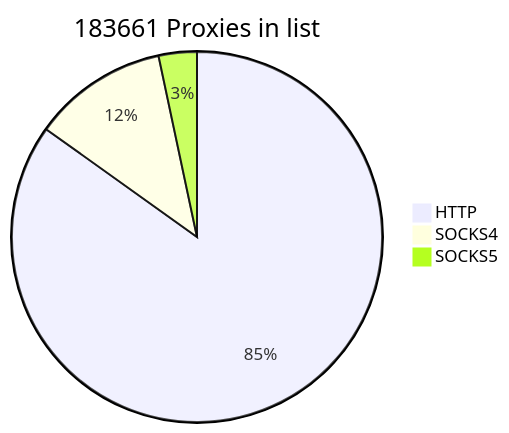
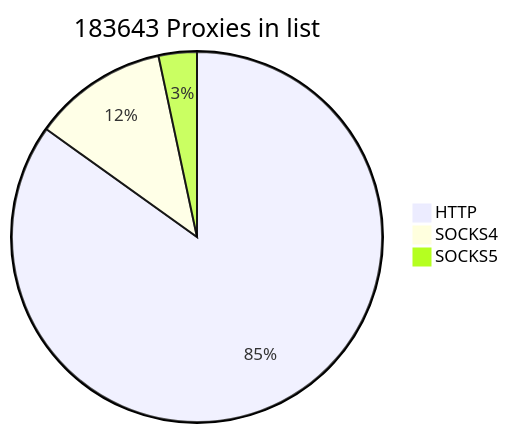
Before and after one commit to cutipu/proxylist: the first of 2 diagrams in README.md, drawn with Mermaid. The commit also changed other lines of this file, not shown here.

````diff
--- a/README.md
+++ b/README.md
@@ -2,7 +2,7 @@
 ```mermaid
-pie title 183661 Proxies in list
-    "HTTP" : 155882
-    "SOCKS4" : 21657
-    "SOCKS5" : 6122
+pie title 183643 Proxies in list
+    "HTTP" : 155893
+    "SOCKS4" : 21618
+    "SOCKS5" : 6132
             
 ```
````
